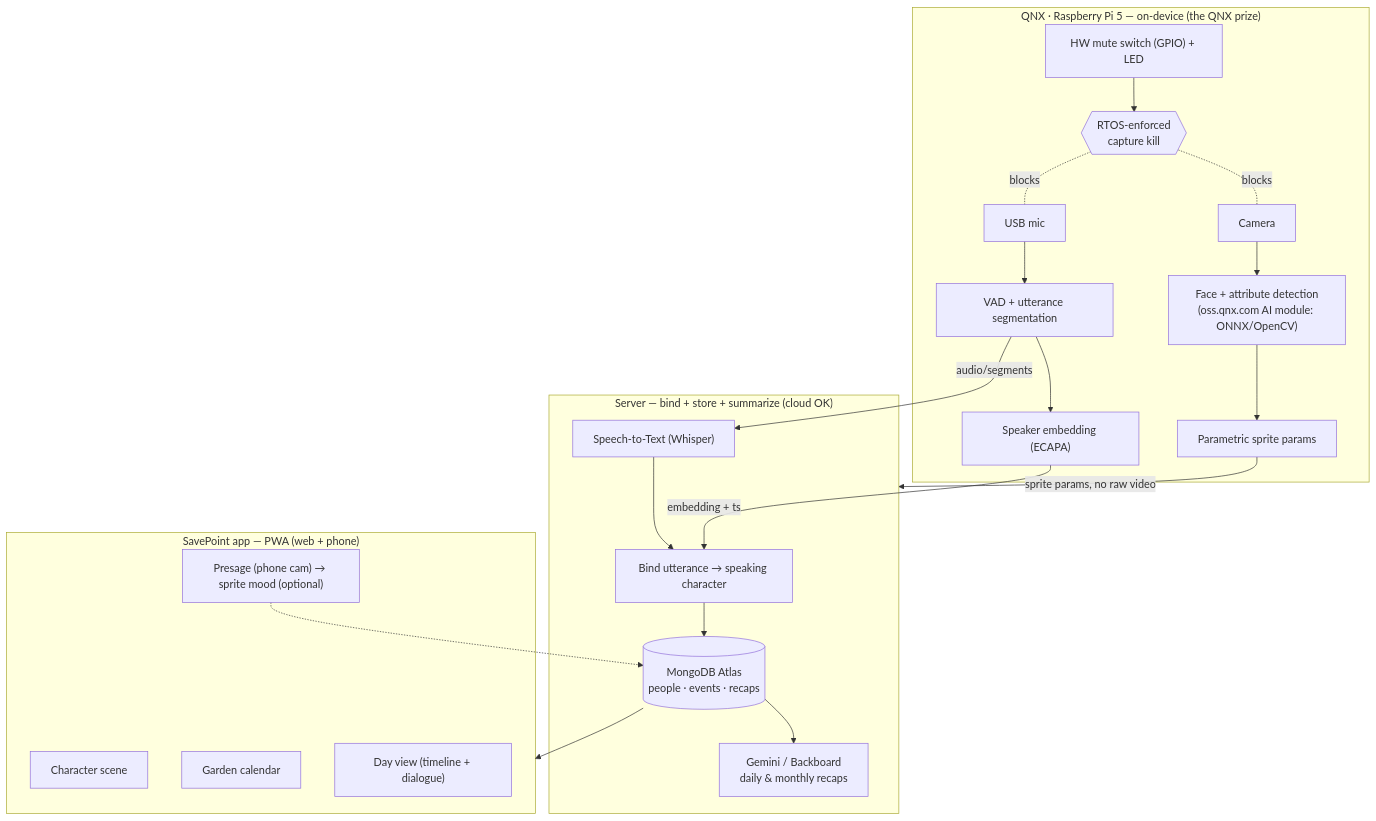
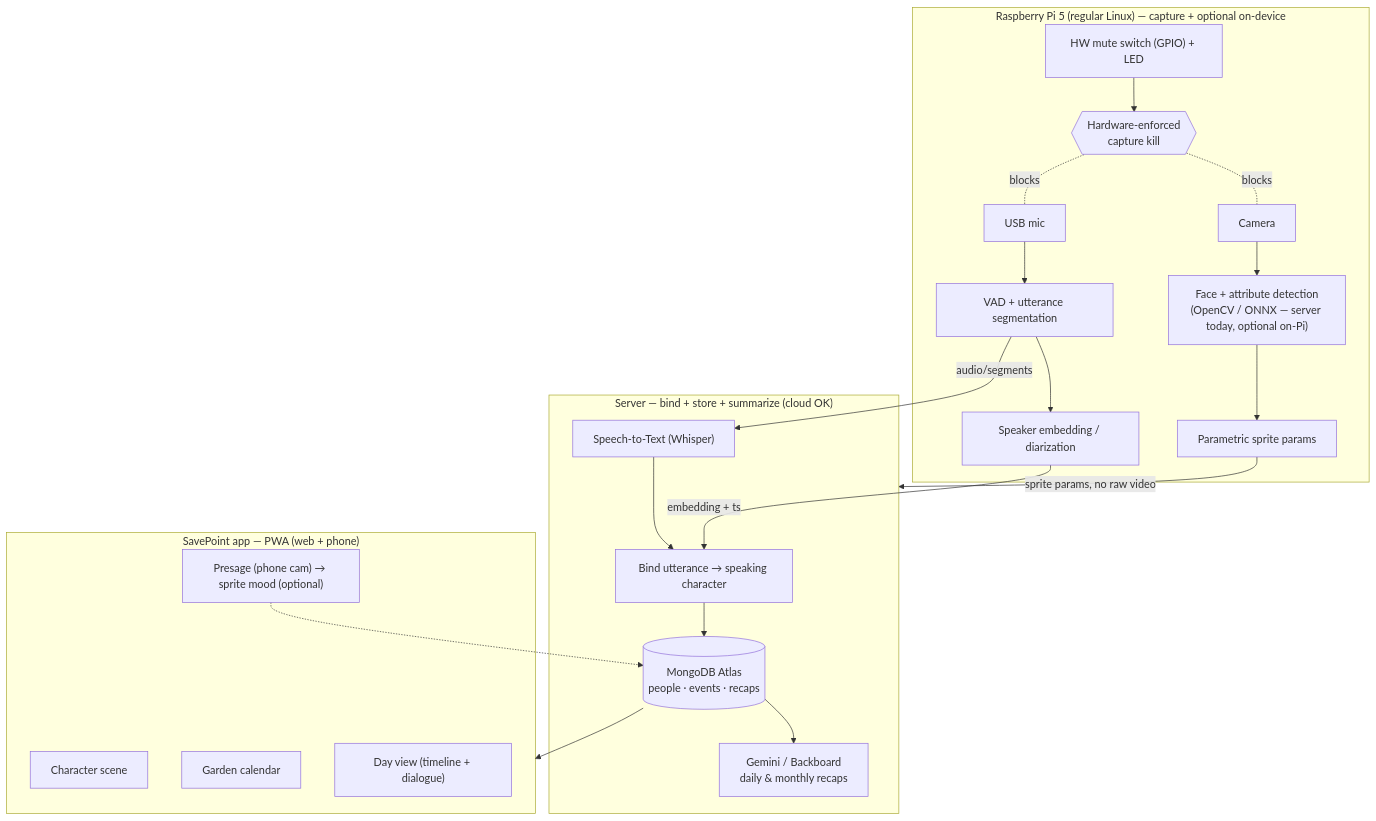
One commit to AlexZihaoXu/ht6-savepoint changed the diagram in DESIGN.md. Above: the diagram before and after it, drawn with Mermaid. The commit also changed other lines of this file and 1 other file, not shown here.

Commit message:
docs(plan): v6 — drop QNX (Pi5 regular image), realign prizes, mark M0+M1 done, add FreeSolo

````diff
--- a/DESIGN.md
+++ b/DESIGN.md
@@ -63,35 +66,35 @@
 ```mermaid
 flowchart TB
-    subgraph PI["QNX · Raspberry Pi 5 — on-device (the QNX prize)"]
-        CAM[Camera] --> FACE["Face + attribute detection<br/>(oss.qnx.com AI module: ONNX/OpenCV)"]
+    subgraph PI["Raspberry Pi 5 (regular Linux) — capture + optional on-device"]
+        CAM[Camera] --> FACE["Face + attribute detection<br/>(OpenCV / ONNX — server today, optional on-Pi)"]
         MIC[USB mic] --> VAD["VAD + utterance segmentation"]
         FACE --> SPR["Parametric sprite params"]
-        VAD --> EMB["Speaker embedding (ECAPA)"]
-        MUTE["HW mute switch (GPIO) + LED"] --> GUARD{{"RTOS-enforced<br/>capture kill"}}
+        VAD --> EMB["Speaker embedding / diarization"]
+        MUTE["HW mute switch (GPIO) + LED"] --> GUARD{{"Hardware-enforced<br/>capture kill"}}
         GUARD -. blocks .- CAM
         GUARD -. blocks .- MIC
     end
 
     subgraph SRV["Server — bind + store + summarize (cloud OK)"]
         BIND["Bind utterance → speaking character"]
         STT["Speech-to-Text (Whisper)"]
         DB[("MongoDB Atlas<br/>people · events · recaps")]
         SUM["Gemini / Backboard<br/>daily & monthly recaps"]
     end
 
     subgraph APP["SavePoint app — PWA (web + phone)"]
         SCENE["Character scene"]
         GARDEN["Garden calendar"]
         DAY["Day view (timeline + dialogue)"]
         PRESAGE["Presage (phone cam) → sprite mood (optional)"]
     end
 
     SPR -->|sprite params, no raw video| SRV
     EMB -->|embedding + ts| BIND
     VAD -->|audio/segments| STT
     STT --> BIND
     BIND --> DB
     DB --> SUM
     DB --> APP
     PRESAGE -.-> DB
 ```
````
